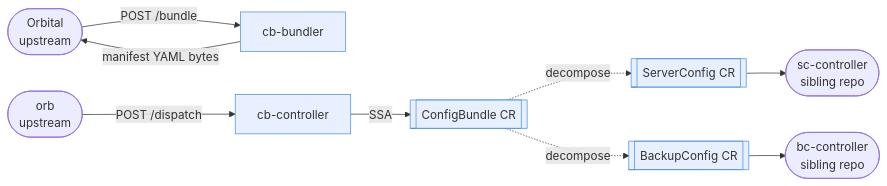
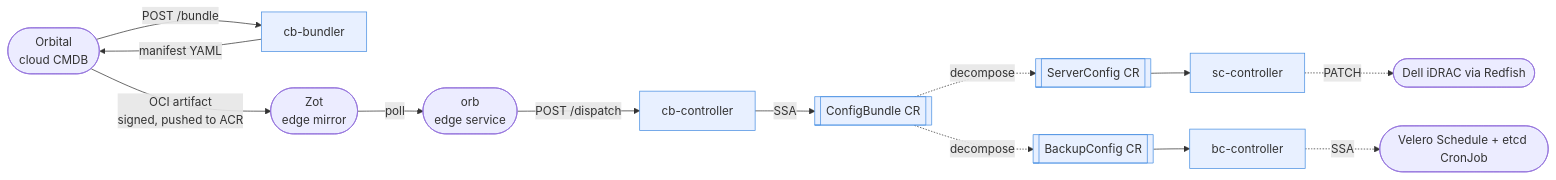
Before and after one commit to asharma-armada/configbundle: the diagram in README.md, drawn with Mermaid. The commit also changed other lines of this file and 64 other files, not shown here.

````diff
--- a/README.md
+++ b/README.md
@@ -30,16 +50,22 @@
 ```mermaid
 flowchart LR
-    O([Orbital<br/>upstream]) -->|POST /bundle| B[cb-bundler]
-    B -->|manifest YAML bytes| O
-    ORB([orb<br/>upstream]) -->|POST /dispatch| CB[cb-controller]
+    O([Orbital<br/>cloud CMDB]) -->|POST /bundle| B[cb-bundler]
+    B -->|manifest YAML| O
+    O -->|OCI artifact<br/>signed, pushed to ACR| Z([Zot<br/>edge mirror])
+    Z -->|poll| ORB([orb<br/>edge service])
+    ORB -->|POST /dispatch| CB[cb-controller]
     CB -->|SSA| CR[[ConfigBundle CR]]
     CR -.decompose.-> SCR[[ServerConfig CR]] & BCR[[BackupConfig CR]]
-    SCR --> SC([sc-controller<br/>sibling repo])
-    BCR --> BC([bc-controller<br/>sibling repo])
+    SCR --> SC[sc-controller]
+    BCR --> BC[bc-controller]
+    SC -.PATCH.-> R([Dell iDRAC via Redfish])
+    BC -.SSA.-> V([Velero Schedule + etcd CronJob])
 
     style B fill:#e8f0ff,stroke:#4a90e2
     style CB fill:#e8f0ff,stroke:#4a90e2
+    style SC fill:#e8f0ff,stroke:#4a90e2
+    style BC fill:#e8f0ff,stroke:#4a90e2
     style CR fill:#e8f0ff,stroke:#4a90e2
     style SCR fill:#e8f0ff,stroke:#4a90e2
     style BCR fill:#e8f0ff,stroke:#4a90e2
 ```
````
